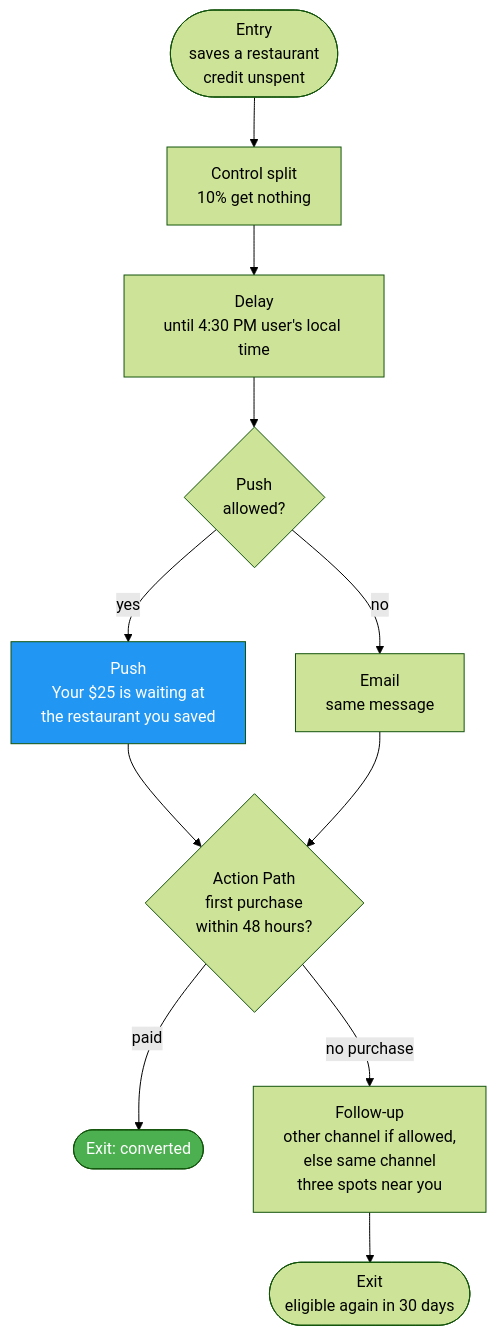
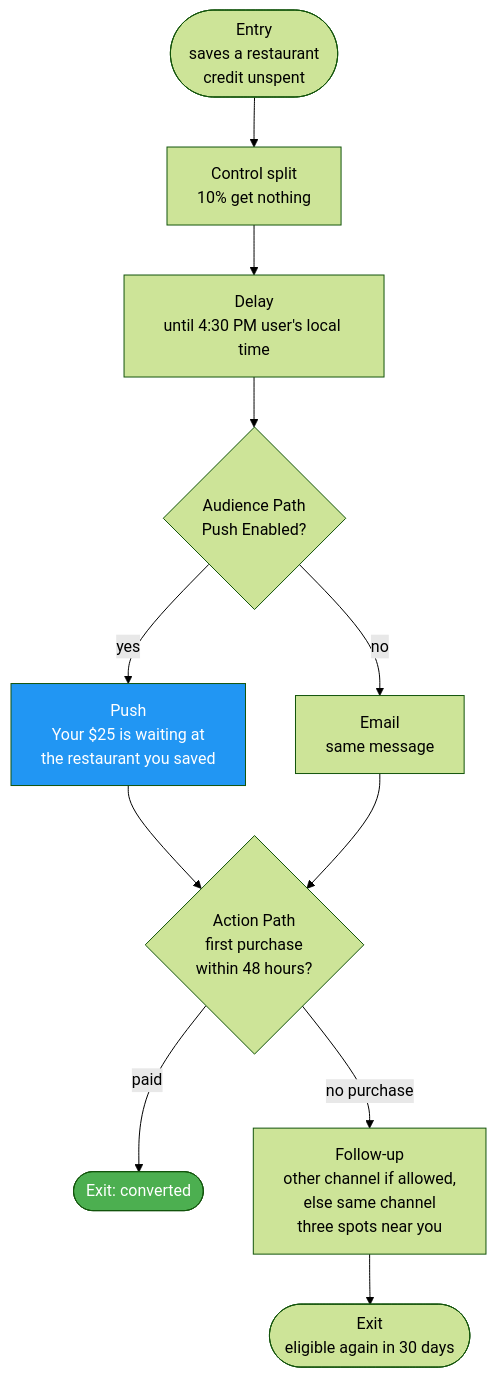
One commit to arndvs/inkind-first-credit-journey changed the diagram in 02-journey.md. Above: the diagram before and after it, drawn with Mermaid (forest theme). The commit also changed other lines of this file and 4 other files, not shown here.

````diff
--- a/02-journey.md
+++ b/02-journey.md
@@ -36,16 +38,16 @@
 ```mermaid
 flowchart TD
     A(["Entry<br/>saves a restaurant<br/>credit unspent"]) --> B["Control split<br/>10% get nothing"]
     B --> C["Delay<br/>until 4:30 PM user's local time"]
-    C --> D{"Push<br/>allowed?"}
+    C --> D{"Audience Path<br/>Push Enabled?"}
     D -->|"yes"| E["Push<br/>Your $25 is waiting at<br/>the restaurant you saved"]
     D -->|"no"| F["Email<br/>same message"]
     E --> G{"Action Path<br/>first purchase<br/>within 48 hours?"}
     F --> G
     G -->|"paid"| H(["Exit: converted"])
     G -->|"no purchase"| I["Follow-up<br/>other channel if allowed,<br/>else same channel<br/>three spots near you"]
     I --> J(["Exit<br/>eligible again in 30 days"])
 
     style E fill:#2196f3,color:#fff
     style H fill:#4caf50,color:#fff
 ```
````
